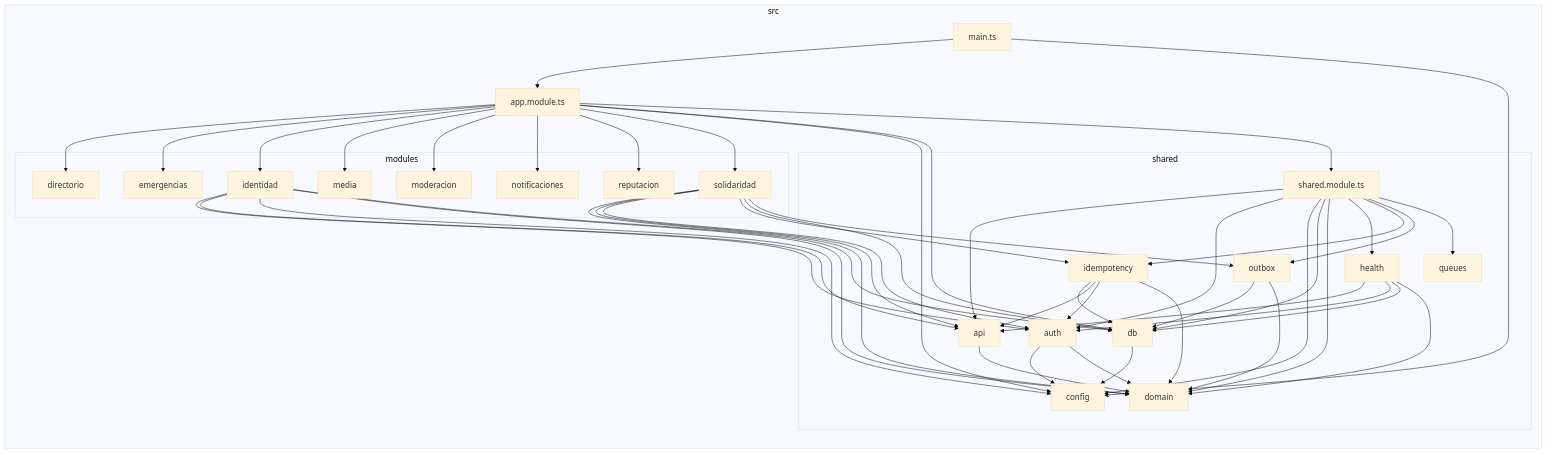
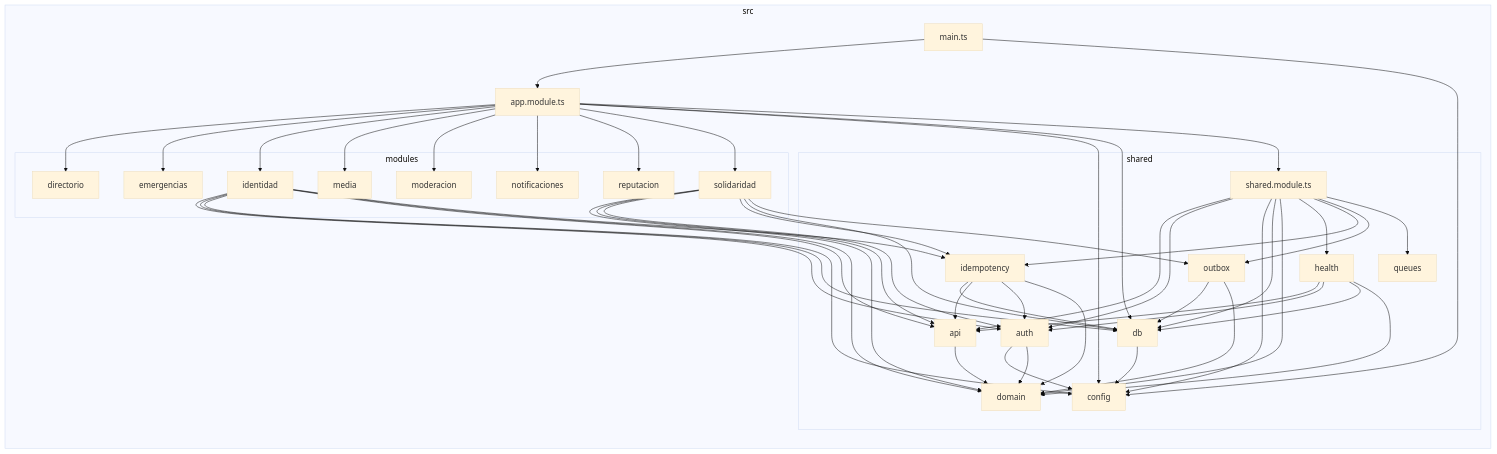
Before and after one commit to stefanods29/Hackathon-ElComercio-Shabat-Shalom: the diagram in docs/grafos/dependencias-backend.md, drawn with Mermaid (base theme). The commit also changed 40 other files, not shown here.

````diff
--- a/docs/grafos/dependencias-backend.md
+++ b/docs/grafos/dependencias-backend.md
@@ -7,77 +7,78 @@
 ```mermaid
 flowchart LR
 
 subgraph src["src"]
   src_app_module_ts["app.module.ts"]
   src_main_ts["main.ts"]
   subgraph src_modules["modules"]
     src_modules_directorio["directorio"]
     src_modules_emergencias["emergencias"]
     src_modules_identidad["identidad"]
     src_modules_media["media"]
     src_modules_moderacion["moderacion"]
     src_modules_notificaciones["notificaciones"]
     src_modules_reputacion["reputacion"]
     src_modules_solidaridad["solidaridad"]
   end
   subgraph src_shared["shared"]
     src_shared_api["api"]
     src_shared_auth["auth"]
     src_shared_config["config"]
     src_shared_db["db"]
     src_shared_domain["domain"]
     src_shared_health["health"]
     src_shared_idempotency["idempotency"]
     src_shared_outbox["outbox"]
     src_shared_queues["queues"]
     src_shared_shared_module_ts["shared.module.ts"]
   end
 end
 src_app_module_ts-->src_modules_directorio
 src_app_module_ts-->src_modules_emergencias
 src_app_module_ts-->src_modules_identidad
 src_app_module_ts-->src_modules_media
 src_app_module_ts-->src_modules_moderacion
 src_app_module_ts-->src_modules_notificaciones
 src_app_module_ts-->src_modules_reputacion
 src_app_module_ts-->src_modules_solidaridad
 src_app_module_ts-->src_shared_config
 src_app_module_ts-->src_shared_db
 src_app_module_ts-->src_shared_shared_module_ts
 src_main_ts-->src_app_module_ts
 src_main_ts-->src_shared_config
 src_modules_identidad-->src_shared_auth
+src_modules_identidad-->src_shared_db
+src_modules_identidad-->src_shared_config
 src_modules_identidad-->src_shared_api
-src_modules_identidad-->src_shared_config
 src_modules_identidad-->src_shared_domain
-src_modules_identidad-->src_shared_db
+src_modules_identidad-->src_shared_idempotency
 src_modules_solidaridad-->src_shared_domain
 src_modules_solidaridad-->src_shared_api
 src_modules_solidaridad-->src_shared_auth
 src_modules_solidaridad-->src_shared_idempotency
 src_modules_solidaridad-->src_shared_db
 src_modules_solidaridad-->src_shared_outbox
 src_shared_api-->src_shared_domain
 src_shared_auth-->src_shared_config
 src_shared_auth-->src_shared_domain
 src_shared_db-->src_shared_config
 src_shared_health-->src_shared_api
 src_shared_health-->src_shared_auth
 src_shared_health-->src_shared_db
 src_shared_health-->src_shared_domain
 src_shared_idempotency-->src_shared_db
 src_shared_idempotency-->src_shared_api
 src_shared_idempotency-->src_shared_auth
 src_shared_idempotency-->src_shared_domain
 src_shared_outbox-->src_shared_db
 src_shared_outbox-->src_shared_domain
 src_shared_shared_module_ts-->src_shared_api
 src_shared_shared_module_ts-->src_shared_auth
 src_shared_shared_module_ts-->src_shared_config
 src_shared_shared_module_ts-->src_shared_db
 src_shared_shared_module_ts-->src_shared_domain
 src_shared_shared_module_ts-->src_shared_health
 src_shared_shared_module_ts-->src_shared_idempotency
 src_shared_shared_module_ts-->src_shared_outbox
 src_shared_shared_module_ts-->src_shared_queues
 ```
````
